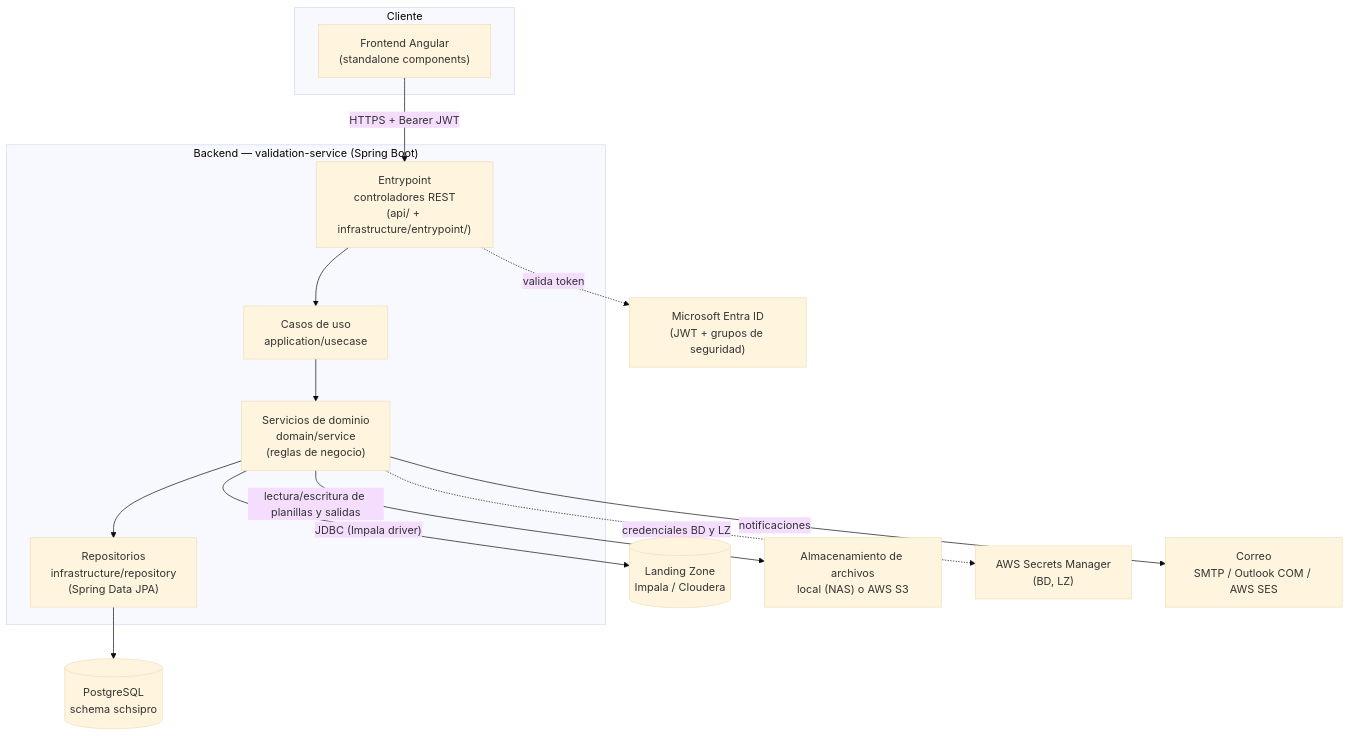
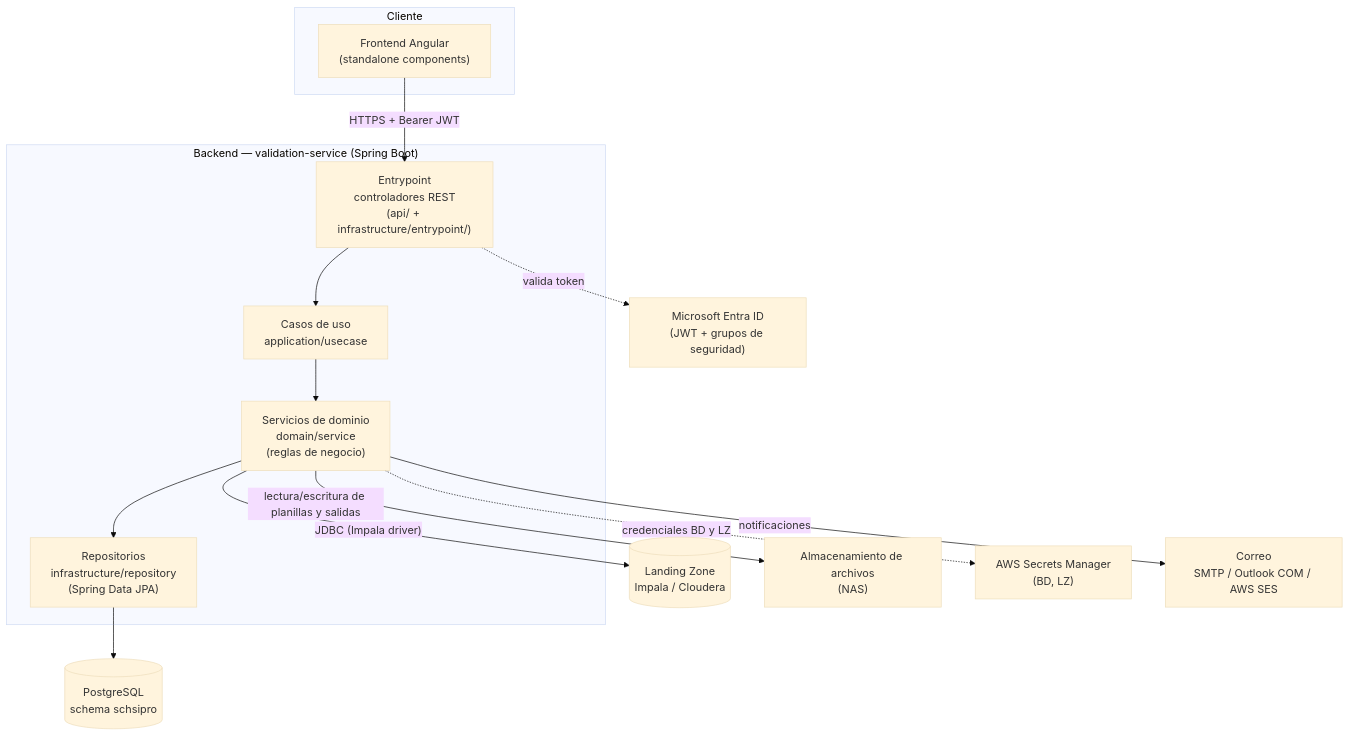
Before and after one commit to eZuLuagaRpo/SIPRO: the first of 4 diagrams in README.md, drawn with Mermaid (base theme). The commit also changed other lines of this file and 10 other files, not shown here.

````diff
--- a/README.md
+++ b/README.md
@@ -41,31 +38,31 @@
 ```mermaid
 flowchart TB
     subgraph Cliente
         FE["Frontend Angular\n(standalone components)"]
     end
 
     subgraph Backend["Backend — validation-service (Spring Boot)"]
         EP["Entrypoint\ncontroladores REST\n(api/ + infrastructure/entrypoint/)"]
         UC["Casos de uso\napplication/usecase"]
         DOM["Servicios de dominio\ndomain/service\n(reglas de negocio)"]
         REPO["Repositorios\ninfrastructure/repository\n(Spring Data JPA)"]
     end
 
     DB[("PostgreSQL\nschema schsipro")]
     ENTRA["Microsoft Entra ID\n(JWT + grupos de seguridad)"]
     LZ[("Landing Zone\nImpala / Cloudera")]
-    STORAGE["Almacenamiento de archivos\nlocal (NAS) o AWS S3"]
+    STORAGE["Almacenamiento de archivos\n(NAS)"]
     SECRETS["AWS Secrets Manager\n(BD, LZ)"]
     MAIL["Correo\nSMTP / Outlook COM / AWS SES"]
 
     FE -- "HTTPS + Bearer JWT" --> EP
     EP --> UC
     UC --> DOM
     DOM --> REPO
     REPO --> DB
     EP -. "valida token" .-> ENTRA
     DOM -- "JDBC (Impala driver)" --> LZ
     DOM -- "lectura/escritura de planillas y salidas" --> STORAGE
     DOM -. "credenciales BD y LZ" .-> SECRETS
     DOM -- "notificaciones" --> MAIL
 ```
````
